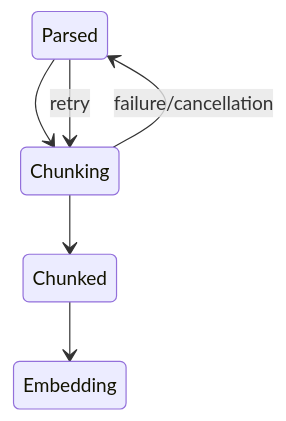
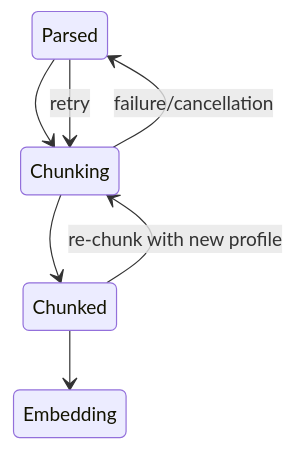
Before and after one commit to mikara89/loregrove: the second of 3 diagrams in docs/architecture/chunking-and-lexical-search.md, drawn with Mermaid. The commit also changed other lines of this file and 5 other files, not shown here.

Commit message:
Fix re-chunking and validate chunk provenance

````diff
--- a/docs/architecture/chunking-and-lexical-search.md
+++ b/docs/architecture/chunking-and-lexical-search.md
@@ -91,8 +100,9 @@
 ```mermaid
 stateDiagram-v2
     Parsed --> Chunking
     Chunking --> Chunked
     Chunked --> Embedding
+    Chunked --> Chunking: re-chunk with new profile
     Chunking --> Parsed: failure/cancellation
     Parsed --> Chunking: retry
 ```
````
